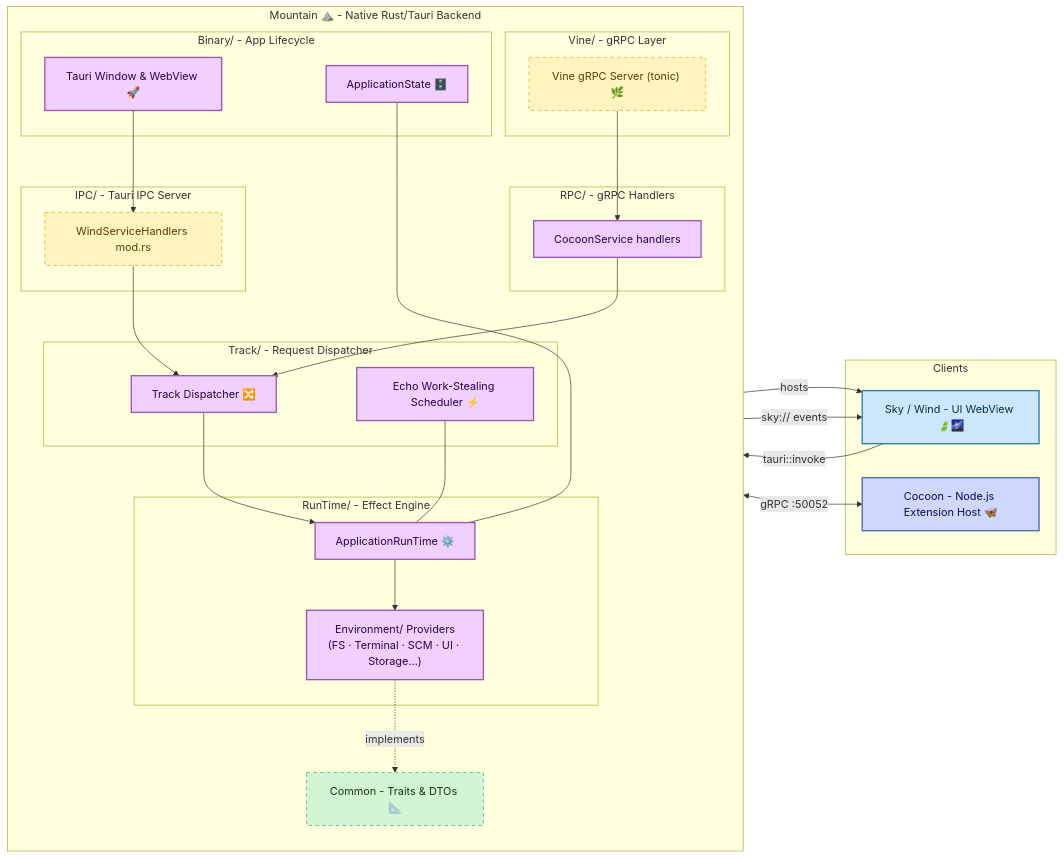
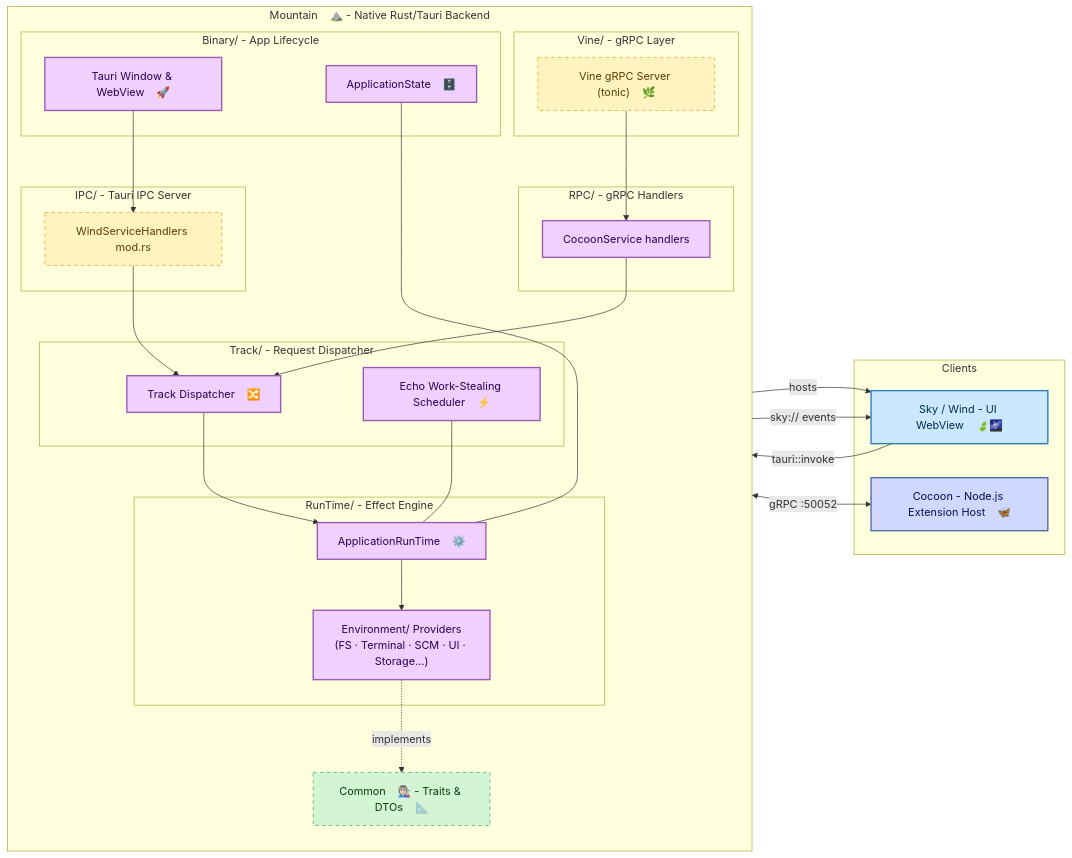
The diagram in README.md (CodeEditorLand/Mountain), drawn with Mermaid before and after one commit. The commit also changed other lines of this file and 4 other files, not shown here.

First line of the commit message:
docs(Mountain): Normalize Unicode thin spaces, update Rust version, and add Shim/ component references

````diff
--- a/README.md
+++ b/README.md
@@ -151,55 +154,55 @@
 ```mermaid
 graph LR
     classDef mountain fill:#f0d0ff,stroke:#9b59b6,stroke-width:2px,color:#2c0050;
     classDef cocoon   fill:#d0d8ff,stroke:#4a6fa5,stroke-width:2px,color:#001050;
     classDef wind     fill:#cce8ff,stroke:#2980b9,stroke-width:2px,color:#00304a;
     classDef common   fill:#d4f5d4,stroke:#27ae60,stroke-width:1px,stroke-dasharray:5 5,color:#0a3a0a;
     classDef ipc      fill:#fff3c0,stroke:#f39c12,stroke-width:1px,stroke-dasharray:5 5,color:#5a3e00;
     classDef air      fill:#e0f4ff,stroke:#2471a3,stroke-width:1px,stroke-dasharray:5 5,color:#001a30;
 
-    subgraph MOUNTAIN["Mountain ⛰️ - Native Rust/Tauri Backend"]
+    subgraph MOUNTAIN["Mountain ⛰️ - Native Rust/Tauri Backend"]
         direction TB
         subgraph INIT["Binary/ - App Lifecycle"]
-            TauriRuntime["Tauri Window & WebView 🚀"]:::mountain
-            AppState["ApplicationState 🗄️"]:::mountain
+            TauriRuntime["Tauri Window & WebView 🚀"]:::mountain
+            AppState["ApplicationState 🗄️"]:::mountain
         end
         subgraph DISPATCH["Track/ - Request Dispatcher"]
-            TrackDispatcher["Track Dispatcher 🔀"]:::mountain
-            EchoScheduler["Echo Work-Stealing Scheduler ⚡"]:::mountain
+            TrackDispatcher["Track Dispatcher 🔀"]:::mountain
+            EchoScheduler["Echo Work-Stealing Scheduler ⚡"]:::mountain
         end
         subgraph RUNTIME["RunTime/ - Effect Engine"]
-            AppRunTime["ApplicationRunTime ⚙️"]:::mountain
+            AppRunTime["ApplicationRunTime ⚙️"]:::mountain
             EnvProviders["Environment/ Providers\n(FS · Terminal · SCM · UI · Storage…)"]:::mountain
         end
         subgraph IPC_LAYER["IPC/ - Tauri IPC Server"]
             WindHandlers["WindServiceHandlers mod.rs"]:::ipc
         end
         subgraph VINE_LAYER["Vine/ - gRPC Layer"]
-            VineServer["Vine gRPC Server (tonic) 🌿"]:::ipc
+            VineServer["Vine gRPC Server (tonic) 🌿"]:::ipc
         end
         subgraph RPC_LAYER["RPC/ - gRPC Handlers"]
             CocoonRPC["CocoonService handlers"]:::mountain
         end
-        CommonCrate["Common - Traits & DTOs 📐"]:::common
+        CommonCrate["Common 🧑🏻‍🏭 - Traits & DTOs 📐"]:::common
 
         TauriRuntime --> WindHandlers
         WindHandlers --> TrackDispatcher
         TrackDispatcher --> AppRunTime
         AppRunTime --> EnvProviders
         EnvProviders -.implements.-> CommonCrate
         AppState --- AppRunTime
         VineServer --> CocoonRPC
         CocoonRPC --> TrackDispatcher
         EchoScheduler --- AppRunTime
     end
 
     subgraph CLIENTS["Clients"]
-        SkyWind["Sky / Wind - UI WebView 🍃🌌"]:::wind
-        CocoonHost["Cocoon - Node.js Extension Host 🦋"]:::cocoon
+        SkyWind["Sky / Wind - UI WebView 🍃🌌"]:::wind
+        CocoonHost["Cocoon - Node.js Extension Host 🦋"]:::cocoon
     end
 
     TauriRuntime -- hosts --> SkyWind
     SkyWind -- tauri::invoke --> WindHandlers
     WindHandlers -- sky:// events --> SkyWind
     VineServer <-- gRPC :50052 --> CocoonHost
 ```
````
